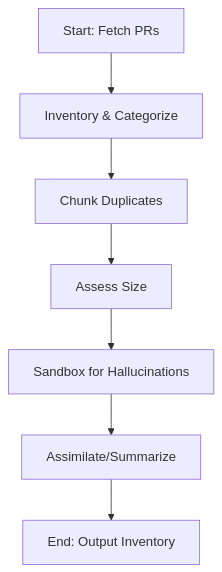
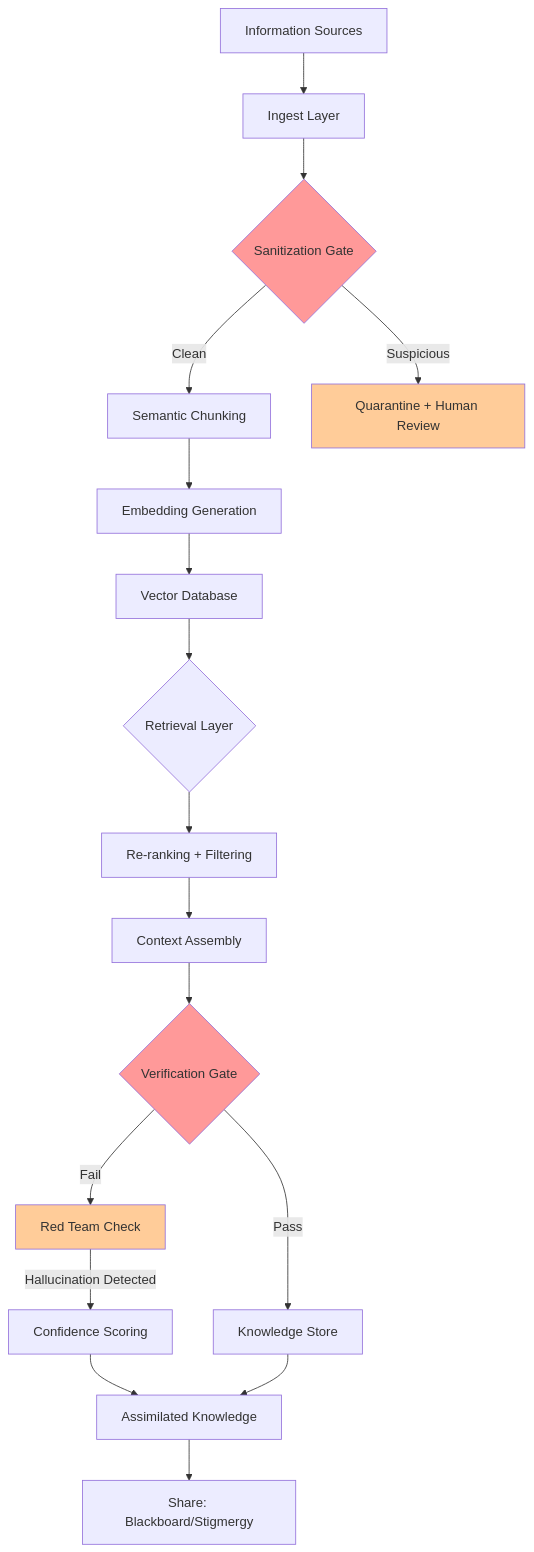
One commit to TTaoGaming/Hive-Fleet-Obsidian-2025 changed the first of 3 diagrams in hfo_research_doc/assimilator_research.md. Above: the diagram before and after it, drawn with Mermaid. The commit also changed other lines of this file, not shown here.

````diff
--- a/hfo_research_doc/assimilator_research.md
+++ b/hfo_research_doc/assimilator_research.md
@@ -15,9 +36,24 @@
 ```mermaid
 graph TD
-    A[Start: Fetch PRs] --> B[Inventory & Categorize]
-    B --> C[Chunk Duplicates]
-    C --> D[Assess Size]
-    D --> E[Sandbox for Hallucinations]
-    E --> F[Assimilate/Summarize]
-    F --> G[End: Output Inventory]
+    A[Information Sources] --> B[Ingest Layer]
+    B --> C{Sanitization Gate}
+    C -->|Clean| D[Semantic Chunking]
+    C -->|Suspicious| E[Quarantine + Human Review]
+    D --> F[Embedding Generation]
+    F --> G[Vector Database]
+    G --> H{Retrieval Layer}
+    H --> I[Re-ranking + Filtering]
+    I --> J[Context Assembly]
+    J --> K{Verification Gate}
+    K -->|Pass| L[Knowledge Store]
+    K -->|Fail| M[Red Team Check]
+    M -->|Hallucination Detected| N[Confidence Scoring]
+    N --> O[Assimilated Knowledge]
+    L --> O
+    O --> P[Share: Blackboard/Stigmergy]
+    
+    style C fill:#ff9999
+    style K fill:#ff9999
+    style E fill:#ffcc99
+    style M fill:#ffcc99
 ```
````
